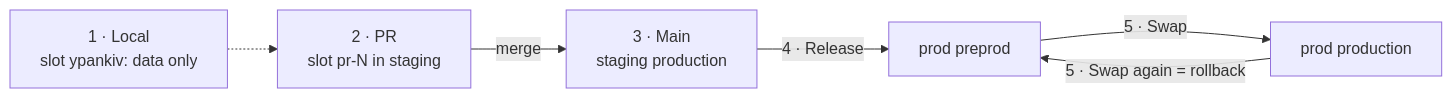
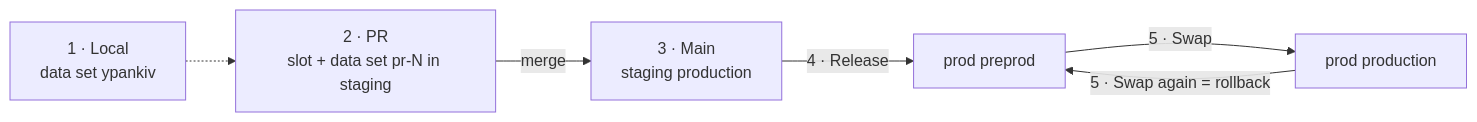
One commit to ypankivgh/act changed the diagram in .github/README.md. Above: the diagram before and after it, drawn with Mermaid. The commit also changed other lines of this file and 8 other files, not shown here.

````diff
--- a/.github/README.md
+++ b/.github/README.md
@@ -6,8 +6,8 @@
 ```mermaid
 flowchart LR
-  L["1 · Local<br/>slot ypankiv: data only"] -.-> PR
-  PR["2 · PR<br/>slot pr-N in staging"] -- merge --> M["3 · Main<br/>staging production"]
+  L["1 · Local<br/>data set ypankiv"] -.-> PR
+  PR["2 · PR<br/>slot + data set pr-N in staging"] -- merge --> M["3 · Main<br/>staging production"]
   M -- "4 · Release" --> P["prod preprod"]
   P -- "5 · Swap" --> LIVE["prod production"]
   LIVE -- "5 · Swap again = rollback" --> P
 ```
````
